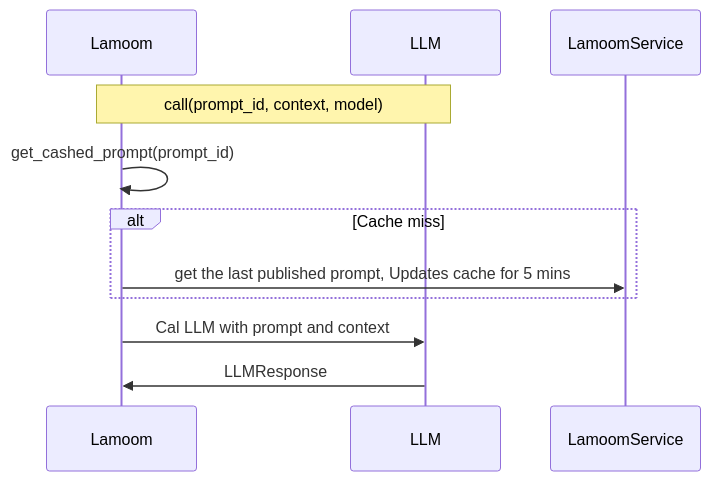
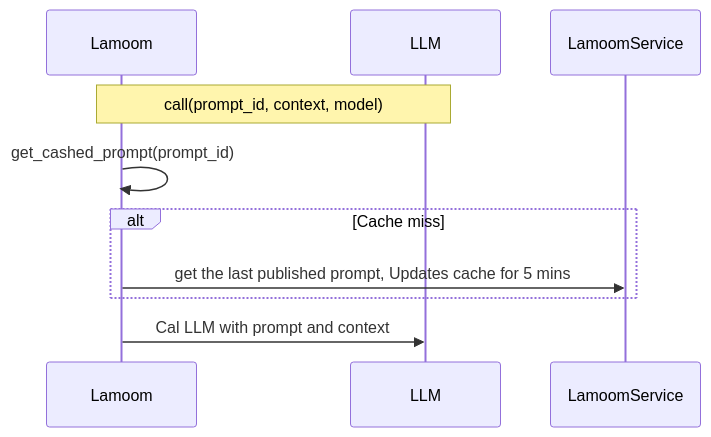
Before and after one commit to LamoomAI/lamoom-python: the first of 4 diagrams in README.md, drawn with Mermaid.

Commit message:
Updated markdown w. schema, seq test

````diff
--- a/README.md
+++ b/README.md
@@ -39,10 +39,9 @@
 ```mermaid
 sequenceDiagram
     Note over Lamoom,LLM: call(prompt_id, context, model)
     Lamoom->>Lamoom: get_cashed_prompt(prompt_id)
     alt Cache miss
         Lamoom->>LamoomService: get the last published prompt, Updates cache for 5 mins
     end
     Lamoom->>LLM: Cal LLM with prompt and context
-    LLM->>Lamoom: LLMResponse
 ```
````
